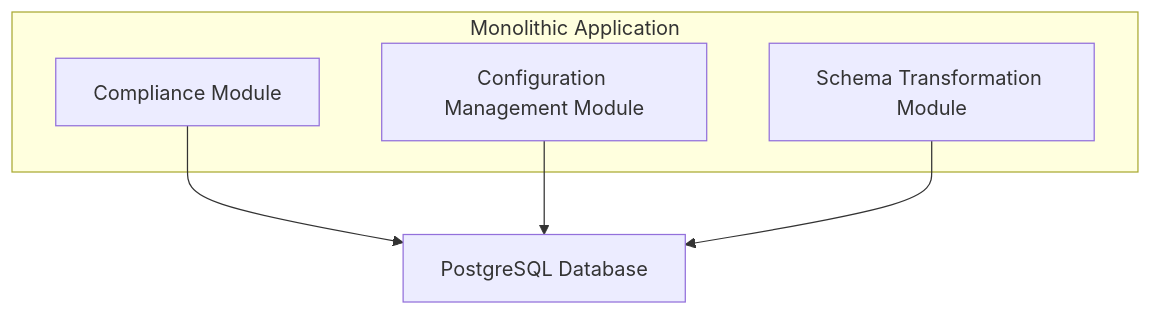
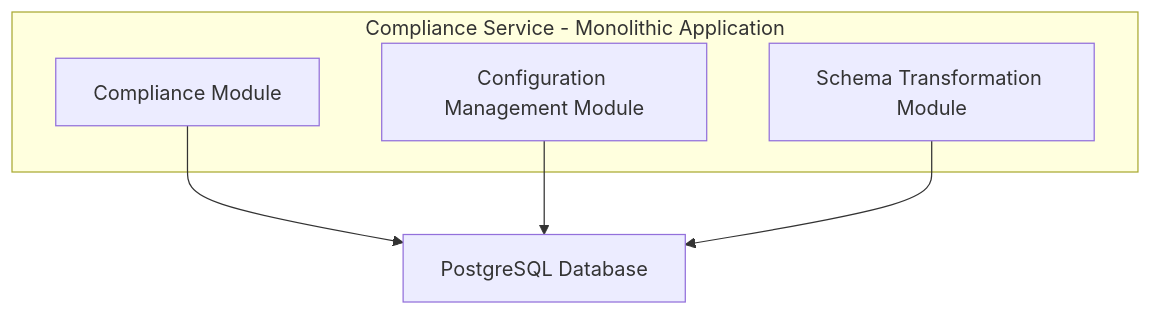
The second of 2 diagrams in SIMPLIFIED_APPROACH.md (miketolbert/compliance-service), drawn with Mermaid before and after one commit. The commit also changed other lines of this file, not shown here.

Commit message:
update diagram with name of service

````diff
--- a/SIMPLIFIED_APPROACH.md
+++ b/SIMPLIFIED_APPROACH.md
@@ -23,13 +23,13 @@
 ```mermaid
 graph TD
 
-    subgraph Monolithic Application
+    subgraph Compliance Service - Monolithic Application
         C1[Compliance Module]
         C2[Configuration Management Module]
         C3[Schema Transformation Module]
     end
 
     C1 --> D[PostgreSQL Database]
     C2 --> D
     C3 --> D
 ```
````
